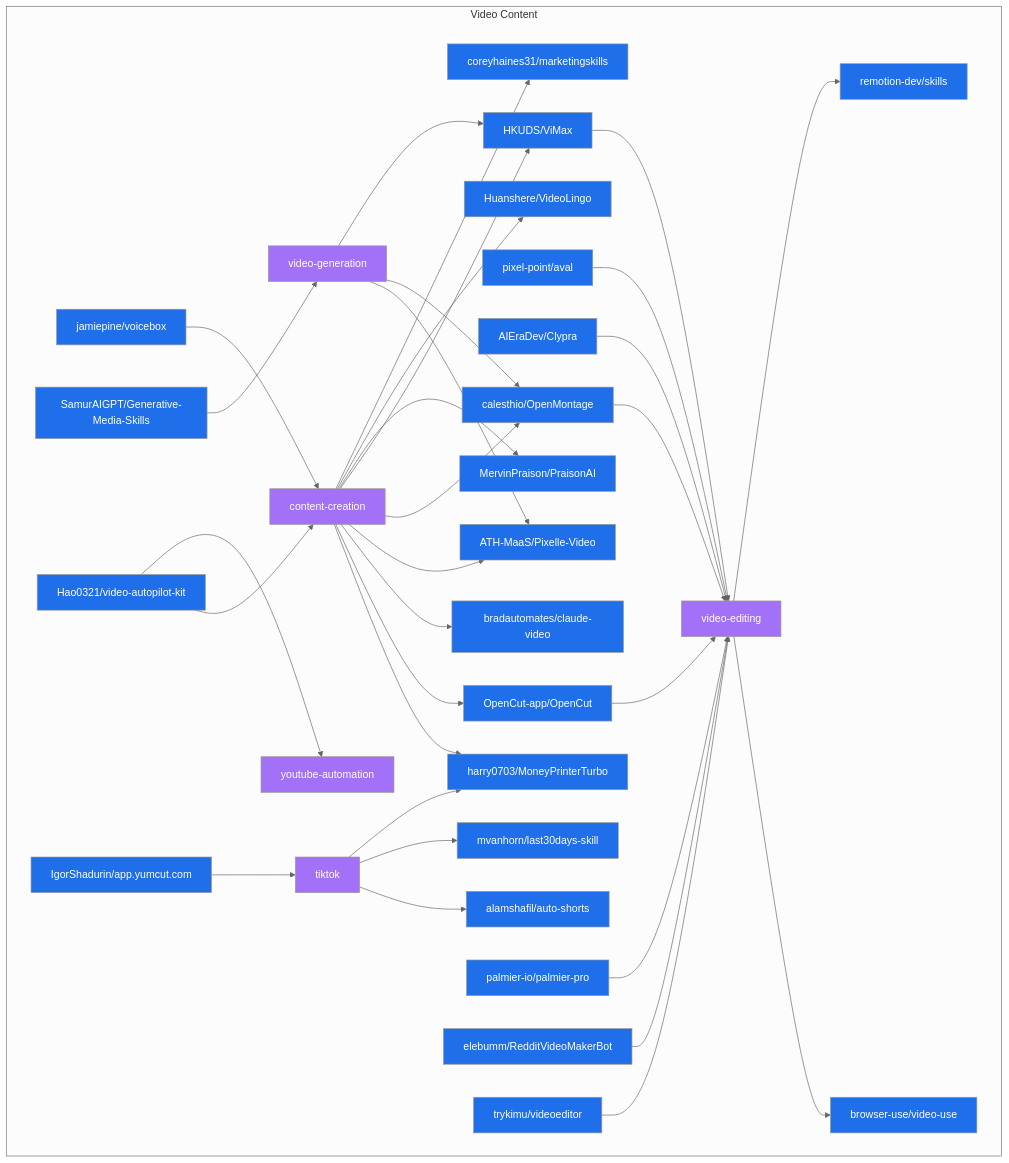
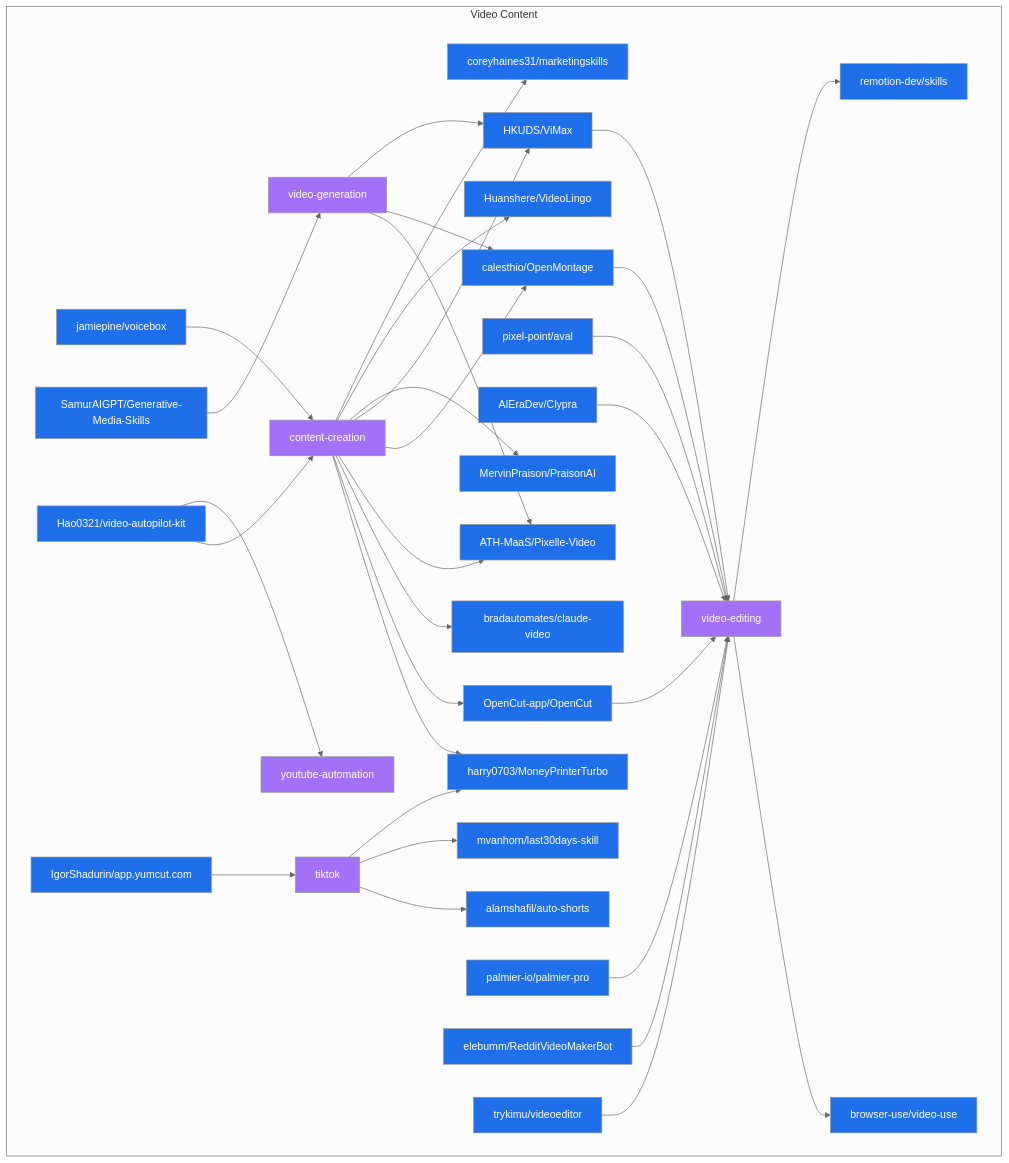
One commit to Meru143/star-graph changed the diagram in data/star_graph_video_content.mermaid. Above: the diagram before and after it, drawn with Mermaid (neutral theme). The commit also changed other lines of this file and 15 other files, not shown here.

```diff
--- a/data/star_graph_video_content.mermaid
+++ b/data/star_graph_video_content.mermaid
@@ -1,65 +1,65 @@
 graph TD
   subgraph video_content ["Video Content"]
+    bradautomates_claude_video["bradautomates/claude-video"]:::repo
+    IgorShadurin_app_yumcut_com["IgorShadurin/app.yumcut.com"]:::repo
+    pixel_point_aval["pixel-point/aval"]:::repo
+    coreyhaines31_marketingskills["coreyhaines31/marketingskills"]:::repo
+    elebumm_RedditVideoMakerBot["elebumm/RedditVideoMakerBot"]:::repo
+    video_generation["video-generation"]:::topic
+    remotion_dev_skills["remotion-dev/skills"]:::repo
+    harry0703_MoneyPrinterTurbo["harry0703/MoneyPrinterTurbo"]:::repo
+    youtube_automation["youtube-automation"]:::topic
+    video_editing["video-editing"]:::topic
+    browser_use_video_use["browser-use/video-use"]:::repo
+    jamiepine_voicebox["jamiepine/voicebox"]:::repo
+    ATH_MaaS_Pixelle_Video["ATH-MaaS/Pixelle-Video"]:::repo
     content_creation["content-creation"]:::topic
-    browser_use_video_use["browser-use/video-use"]:::repo
-    AIEraDev_Clypra["AIEraDev/Clypra"]:::repo
-    tiktok["tiktok"]:::topic
-    SamurAIGPT_Generative_Media_Skills["SamurAIGPT/Generative-Media-Skills"]:::repo
-    ATH_MaaS_Pixelle_Video["ATH-MaaS/Pixelle-Video"]:::repo
     alamshafil_auto_shorts["alamshafil/auto-shorts"]:::repo
     HKUDS_ViMax["HKUDS/ViMax"]:::repo
+    Hao0321_video_autopilot_kit["Hao0321/video-autopilot-kit"]:::repo
+    AIEraDev_Clypra["AIEraDev/Clypra"]:::repo
+    palmier_io_palmier_pro["palmier-io/palmier-pro"]:::repo
+    SamurAIGPT_Generative_Media_Skills["SamurAIGPT/Generative-Media-Skills"]:::repo
+    mvanhorn_last30days_skill["mvanhorn/last30days-skill"]:::repo
     OpenCut_app_OpenCut["OpenCut-app/OpenCut"]:::repo
+    Huanshere_VideoLingo["Huanshere/VideoLingo"]:::repo
     MervinPraison_PraisonAI["MervinPraison/PraisonAI"]:::repo
-    palmier_io_palmier_pro["palmier-io/palmier-pro"]:::repo
-    IgorShadurin_app_yumcut_com["IgorShadurin/app.yumcut.com"]:::repo
-    harry0703_MoneyPrinterTurbo["harry0703/MoneyPrinterTurbo"]:::repo
-    mvanhorn_last30days_skill["mvanhorn/last30days-skill"]:::repo
-    youtube_automation["youtube-automation"]:::topic
-    video_generation["video-generation"]:::topic
-    video_editing["video-editing"]:::topic
-    elebumm_RedditVideoMakerBot["elebumm/RedditVideoMakerBot"]:::repo
-    Huanshere_VideoLingo["Huanshere/VideoLingo"]:::repo
+    calesthio_OpenMontage["calesthio/OpenMontage"]:::repo
     trykimu_videoeditor["trykimu/videoeditor"]:::repo
-    coreyhaines31_marketingskills["coreyhaines31/marketingskills"]:::repo
-    calesthio_OpenMontage["calesthio/OpenMontage"]:::repo
-    pixel_point_aval["pixel-point/aval"]:::repo
-    bradautomates_claude_video["bradautomates/claude-video"]:::repo
-    Hao0321_video_autopilot_kit["Hao0321/video-autopilot-kit"]:::repo
-    remotion_dev_skills["remotion-dev/skills"]:::repo
-    jamiepine_voicebox["jamiepine/voicebox"]:::repo
+    tiktok["tiktok"]:::topic
   end
   jamiepine_voicebox --> content_creation
   SamurAIGPT_Generative_Media_Skills --> video_generation
   video_generation --> ATH_MaaS_Pixelle_Video
   video_generation --> calesthio_OpenMontage
   video_generation --> HKUDS_ViMax
   pixel_point_aval --> video_editing
   AIEraDev_Clypra --> video_editing
   Hao0321_video_autopilot_kit --> content_creation
   Hao0321_video_autopilot_kit --> youtube_automation
   content_creation --> harry0703_MoneyPrinterTurbo
   content_creation --> OpenCut_app_OpenCut
   content_creation --> bradautomates_claude_video
   content_creation --> ATH_MaaS_Pixelle_Video
   content_creation --> calesthio_OpenMontage
   content_creation --> HKUDS_ViMax
   content_creation --> MervinPraison_PraisonAI
   content_creation --> Huanshere_VideoLingo
   content_creation --> coreyhaines31_marketingskills
   OpenCut_app_OpenCut --> video_editing
   IgorShadurin_app_yumcut_com --> tiktok
   tiktok --> alamshafil_auto_shorts
   tiktok --> mvanhorn_last30days_skill
   tiktok --> harry0703_MoneyPrinterTurbo
   calesthio_OpenMontage --> video_editing
   palmier_io_palmier_pro --> video_editing
   elebumm_RedditVideoMakerBot --> video_editing
   HKUDS_ViMax --> video_editing
   trykimu_videoeditor --> video_editing
   video_editing --> browser_use_video_use
   video_editing --> remotion_dev_skills
   classDef repo fill:#1f6feb,color:#fff;
   classDef topic fill:#a371f7,color:#fff;
   classDef technology fill:#3fb950,color:#fff;
   classDef use_case fill:#d29922,color:#fff;
   classDef architecture fill:#f85149,color:#fff;
```
